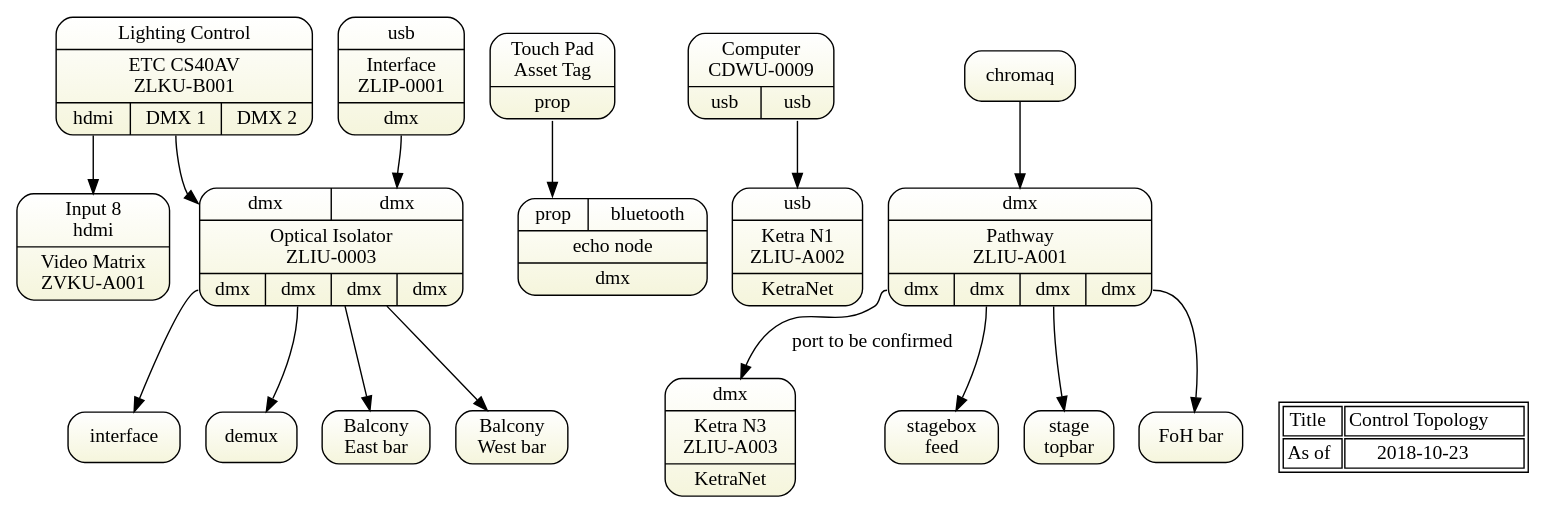
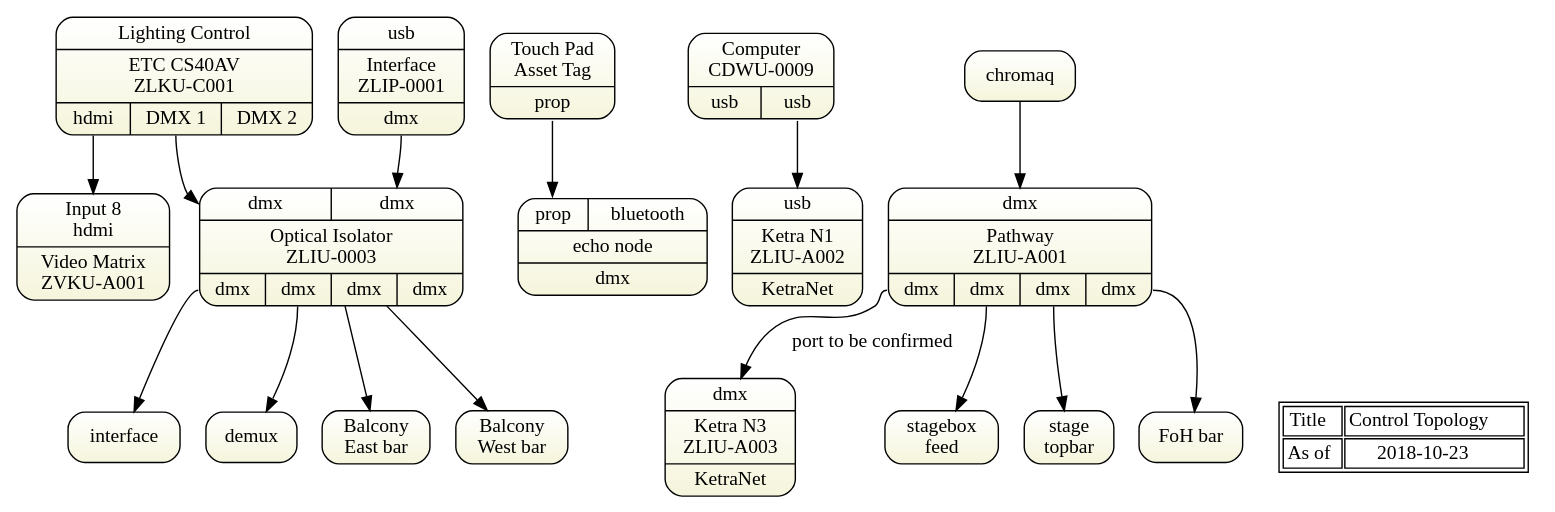
The diagram in sdl-topology1-control.gv (avmaint/uactechdoc), drawn with Graphviz before and after one commit. The commit also changed 9 other files, not shown here.

Commit message:
Updated asset tag for lighting console

```diff
--- a/sdl-topology1-control.gv
+++ b/sdl-topology1-control.gv
@@ -1,68 +1,68 @@
 digraph topology1 { 
 graph [overlap = true, fontsize = 10, rankdir=TB 
       tooltip="Control Topology - DMX",
       fontname = Helvetica]
 
 node [shape=Mrecord, tooltip="" , 
       fillcolor="white:beige" , style=filled  
       gradientangle=270]
       
-console [label="{Lighting Control|ETC CS40AV\nZLKU-B001|{<hdmi>hdmi|<dmx1>DMX 1|<dmx2>DMX 2}}"]
+console [label="{Lighting Control|ETC CS40AV\nZLKU-C001|{<hdmi>hdmi|<dmx1>DMX 1|<dmx2>DMX 2}}"]
 
 echo [label="{Touch Pad\nAsset Tag|<p>prop}"]
 echo2 [label="{{<p>prop|<bt>bluetooth}|echo node|dmx}"]
 
 echo:p -> echo2:p
 
 computer [label="{{Computer\nCDWU-0009}|{ <o1>usb|<o2>usb }}"]
 
 n1 [label="{<i>usb|Ketra N1\nZLIU-A002|KetraNet}"]
 computer:o2 -> n1:i
 
 matrix [label="{<i>Input 8\nhdmi|Video Matrix\nZVKU-A001}"]
 console:hdmi   -> matrix:i8
 
 optoisolator [label="{{<i1>dmx|<i2>dmx}|Optical Isolator\nZLIU-0003|{<o1>dmx|<o2>dmx|<o3>dmx|<o4>dmx}}"]
 
 usbdmx [label="{<i>usb|Interface\nZLIP-0001|<o>dmx}"] 
 
 pathway [label="{<i>dmx|Pathway\nZLIU-A001|{<o1>dmx|<o2>dmx|<o3>dmx|<o4>dmx}}"]
 
 n3 [label="{<i>dmx|Ketra N3\nZLIU-A003|<o>KetraNet}"]
 
 stage [label="stagebox\nfeed"]
 topbar [label="stage\ntopbar"]
 fohbar [label="FoH bar"]
 balebar [label="Balcony\nEast bar"]
 balwbar [label="Balcony\nWest bar"]
 
 optoisolator -> balebar
 optoisolator -> balwbar
 
 chromaq:o1 -> pathway
 pathway:o1 -> n3 [label="port to be confirmed"]
 pathway:o2 -> stage
 pathway:o3 -> topbar
 pathway:o4 -> fohbar
 
 console:dmx1 -> optoisolator:i1
 
 optoisolator:o1 -> interface:dmx     
 optoisolator:o2 -> demux:i
  
 usbdmx:o -> optoisolator:i2
 
 Node [shape=plaintext, fillcolor=white]
 stamp [label= <<table>
 <tr><td>Title</td>
     <td>Control Topology</td>
 </tr>    
 <tr><td>As of</td>
     <td>2018-10-23</td>
 </tr>
    
 </table>> ]  
 
 {rank=same; stamp n3}
 {rank=same; console computer}
  } 
```
